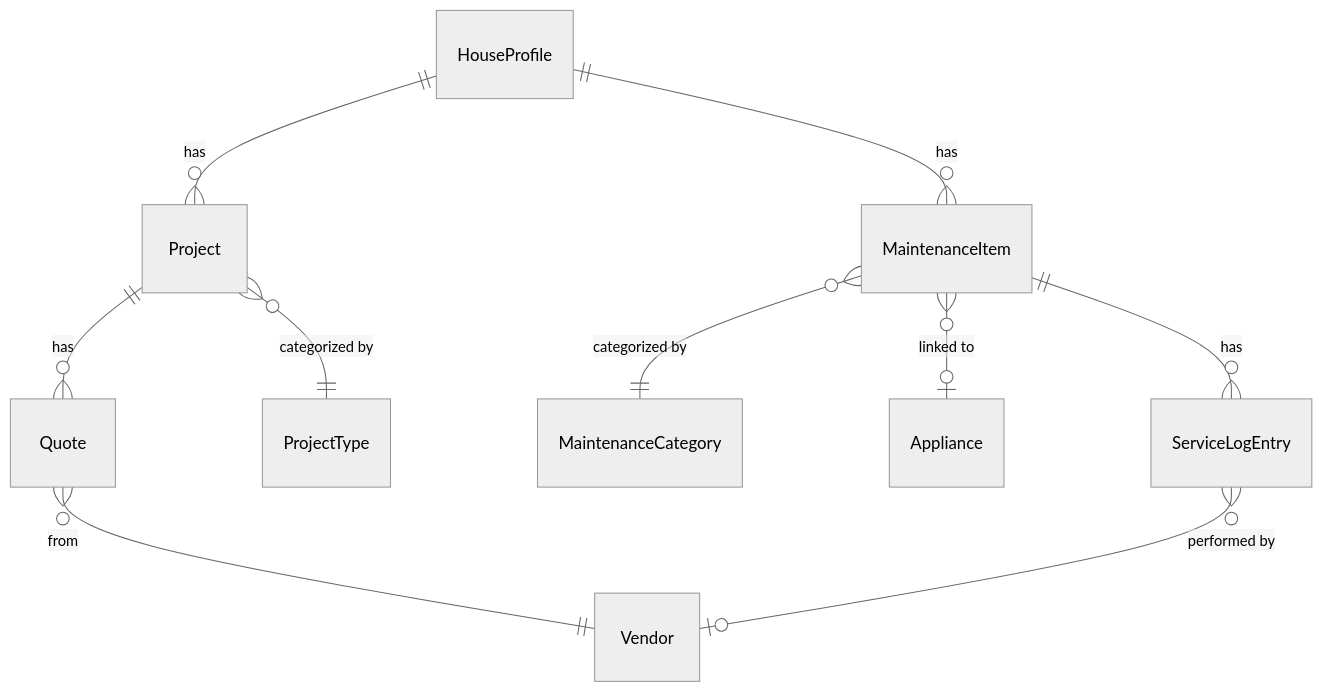
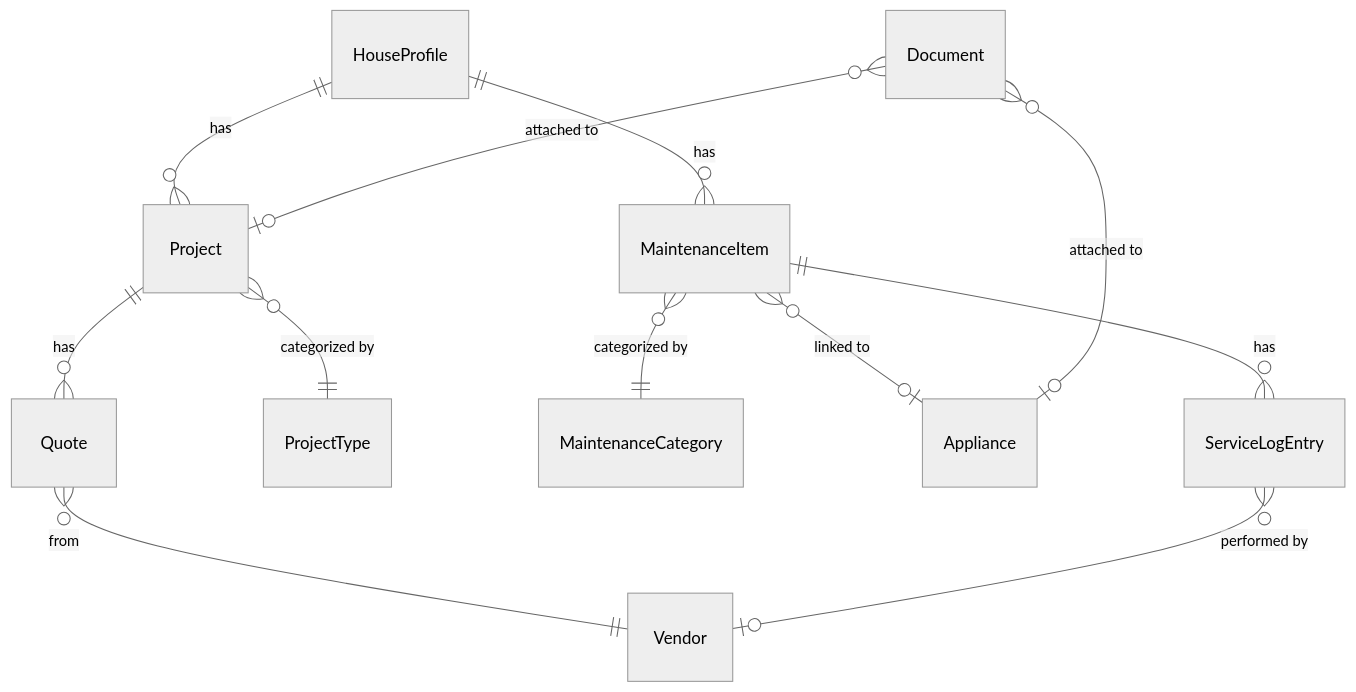
Before and after one commit to cpcloud/micasa: the diagram in docs/content/docs/development/data-model.md, drawn with Mermaid (neutral theme). The commit also changed other lines of this file and 10 other files, not shown here.

````diff
--- a/docs/content/docs/development/data-model.md
+++ b/docs/content/docs/development/data-model.md
@@ -15,12 +15,14 @@
 ```mermaid
 erDiagram
     HouseProfile ||--o{ Project : has
     HouseProfile ||--o{ MaintenanceItem : has
     Project ||--o{ Quote : has
     Project }o--|| ProjectType : "categorized by"
     Quote }o--|| Vendor : "from"
     MaintenanceItem }o--|| MaintenanceCategory : "categorized by"
     MaintenanceItem }o--o| Appliance : "linked to"
     MaintenanceItem ||--o{ ServiceLogEntry : has
     ServiceLogEntry }o--o| Vendor : "performed by"
+    Document }o--o| Project : "attached to"
+    Document }o--o| Appliance : "attached to"
 ```
````
